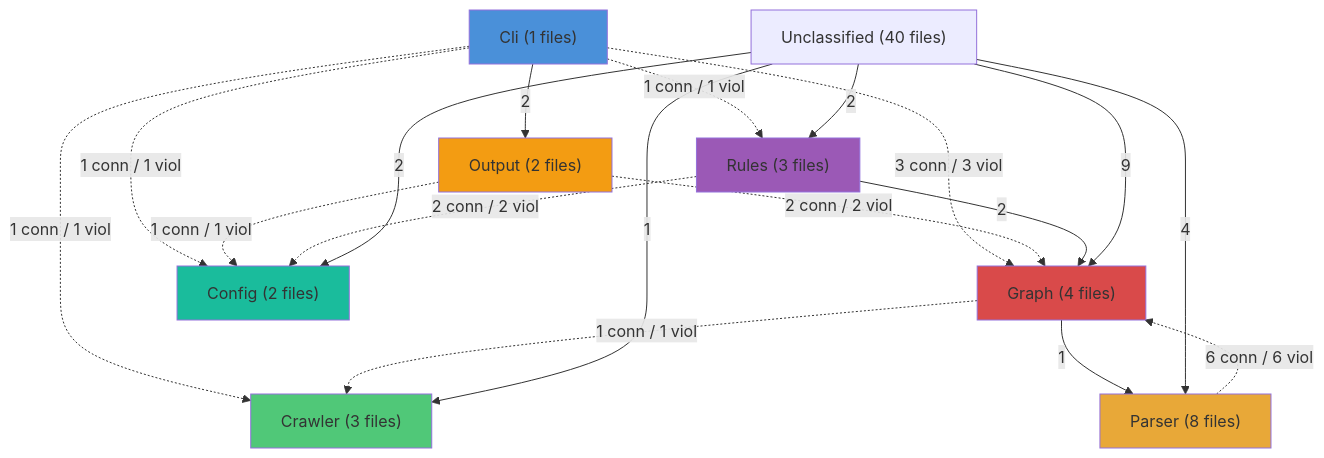
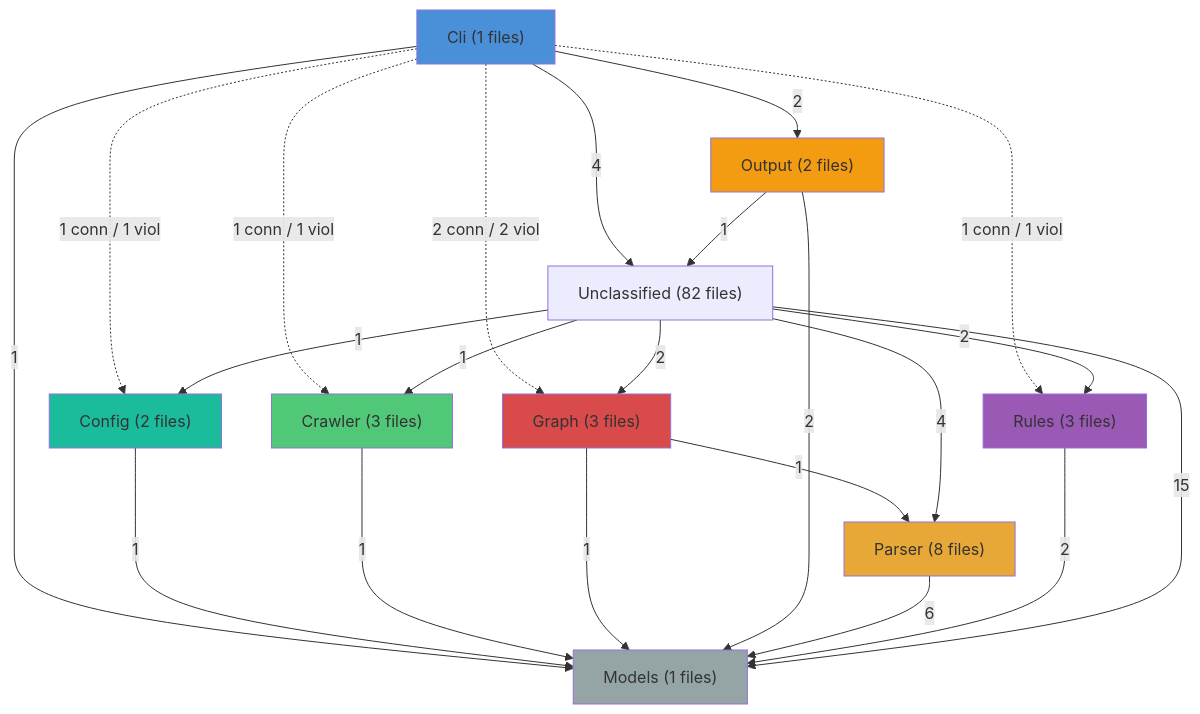
The diagram in architecture.md (erniez/Rubicon), drawn with Mermaid before and after one commit. The commit also changed 35 other files, not shown here.

First line of the commit message:
refactor: extract shared models into foundation layer

````diff
--- a/architecture.md
+++ b/architecture.md
@@ -1,37 +1,43 @@
 ```mermaid
 graph TD
     cli["Cli (1 files)"]
     output["Output (2 files)"]
     rules["Rules (3 files)"]
-    layer_graph["Graph (4 files)"]
+    layer_graph["Graph (3 files)"]
     parser["Parser (8 files)"]
     crawler["Crawler (3 files)"]
     config["Config (2 files)"]
-    unclassified["Unclassified (40 files)"]
+    models["Models (1 files)"]
+    unclassified["Unclassified (82 files)"]
     cli -.->|1 conn / 1 viol| config
     cli -.->|1 conn / 1 viol| crawler
-    cli -.->|3 conn / 3 viol| layer_graph
+    cli -.->|2 conn / 2 viol| layer_graph
+    cli -->|1| models
     cli -->|2| output
     cli -.->|1 conn / 1 viol| rules
-    layer_graph -.->|1 conn / 1 viol| crawler
+    cli -->|4| unclassified
+    config -->|1| models
+    crawler -->|1| models
+    layer_graph -->|1| models
     layer_graph -->|1| parser
-    output -.->|1 conn / 1 viol| config
-    output -.->|2 conn / 2 viol| layer_graph
-    parser -.->|6 conn / 6 viol| layer_graph
-    rules -.->|2 conn / 2 viol| config
-    rules -->|2| layer_graph
-    unclassified -->|2| config
+    output -->|2| models
+    output -->|1| unclassified
+    parser -->|6| models
+    rules -->|2| models
+    unclassified -->|1| config
     unclassified -->|1| crawler
-    unclassified -->|9| layer_graph
+    unclassified -->|2| layer_graph
+    unclassified -->|15| models
     unclassified -->|4| parser
     unclassified -->|2| rules
 
     %% Styles
     style cli fill:#4A90D9
     style output fill:#F39C12
     style rules fill:#9B59B6
     style layer_graph fill:#D94A4A
     style parser fill:#E8A838
     style crawler fill:#50C878
     style config fill:#1ABC9C
+    style models fill:#95A5A6
 ```
````
